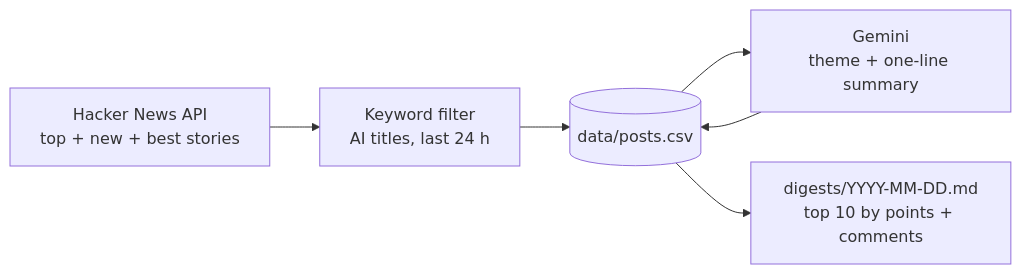
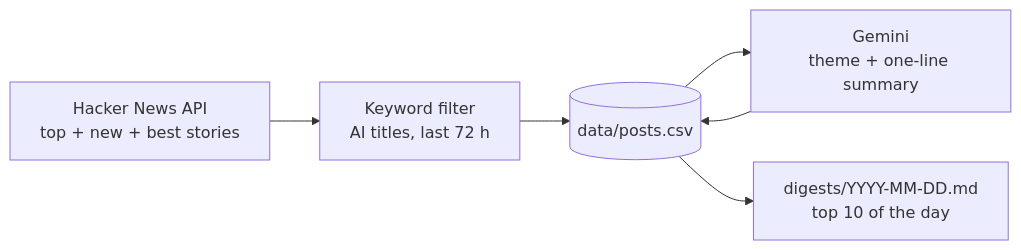
Before and after one commit to Osceti/ai-news-radar: the diagram in README.md, drawn with Mermaid. The commit also changed other lines of this file and 8 other files, not shown here.

````diff
--- a/README.md
+++ b/README.md
@@ -24,8 +24,8 @@
 ```mermaid
 flowchart LR
-    A["Hacker News API<br/>top + new + best stories"] --> B["Keyword filter<br/>AI titles, last 24 h"]
+    A["Hacker News API<br/>top + new + best stories"] --> B["Keyword filter<br/>AI titles, last 72 h"]
     B --> C[("data/posts.csv")]
     C --> D["Gemini<br/>theme + one-line summary"]
     D --> C
-    C --> E["digests/YYYY-MM-DD.md<br/>top 10 by points + comments"]
+    C --> E["digests/YYYY-MM-DD.md<br/>top 10 of the day"]
 ```
````
